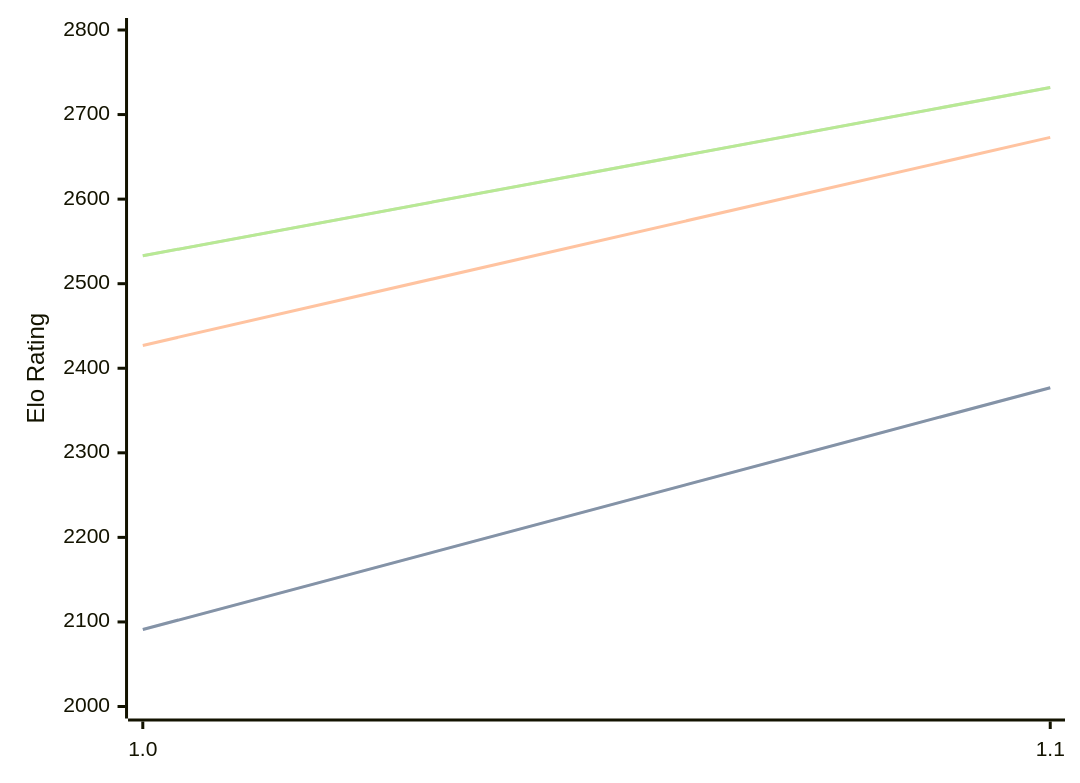
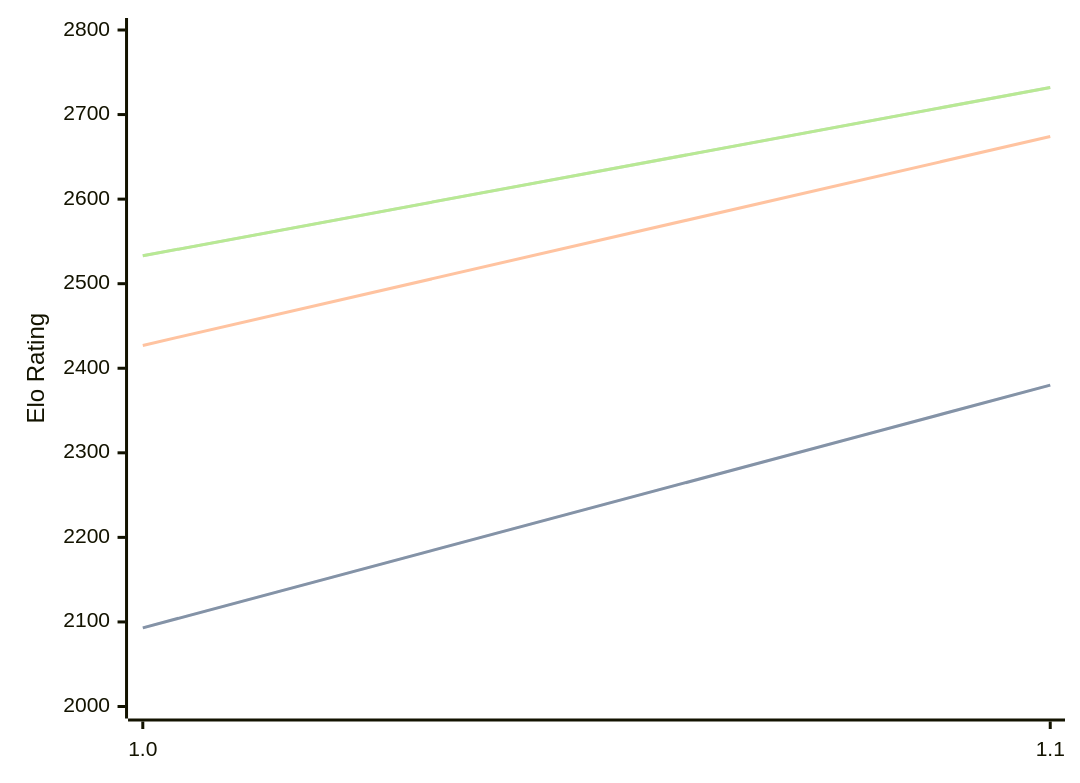
The diagram in engines/Erinn.md (computer-chess-index/cci), drawn with Mermaid before and after one commit. The commit also changed other lines of this file, not shown here.

````diff
--- a/engines/Erinn.md
+++ b/engines/Erinn.md
@@ -32,11 +32,11 @@
 ```mermaid
 %%{init: {"theme":"base","themeVariables":{"seriesColors:['#a3a3a3','#222221','#faa371']}}}%%
 xychart-beta
   x-axis ["1.0", "1.1"]
   y-axis "Elo Rating" 2000 --> 2800
-  line "" [2091, 2377]
-  line "STC (8.0+0.08s)" [2091, 2377]
-  line "LTC (60.0+0.60s)" [2427, 2673]
+  line "" [2093, 2380]
+  line "STC (8.0+0.08s)" [2093, 2380]
+  line "LTC (60.0+0.60s)" [2427, 2674]
   line "" [2533, 2732]
   line "VLTC (2m24s+1.12s)" [2533, 2732]
 ```
````
